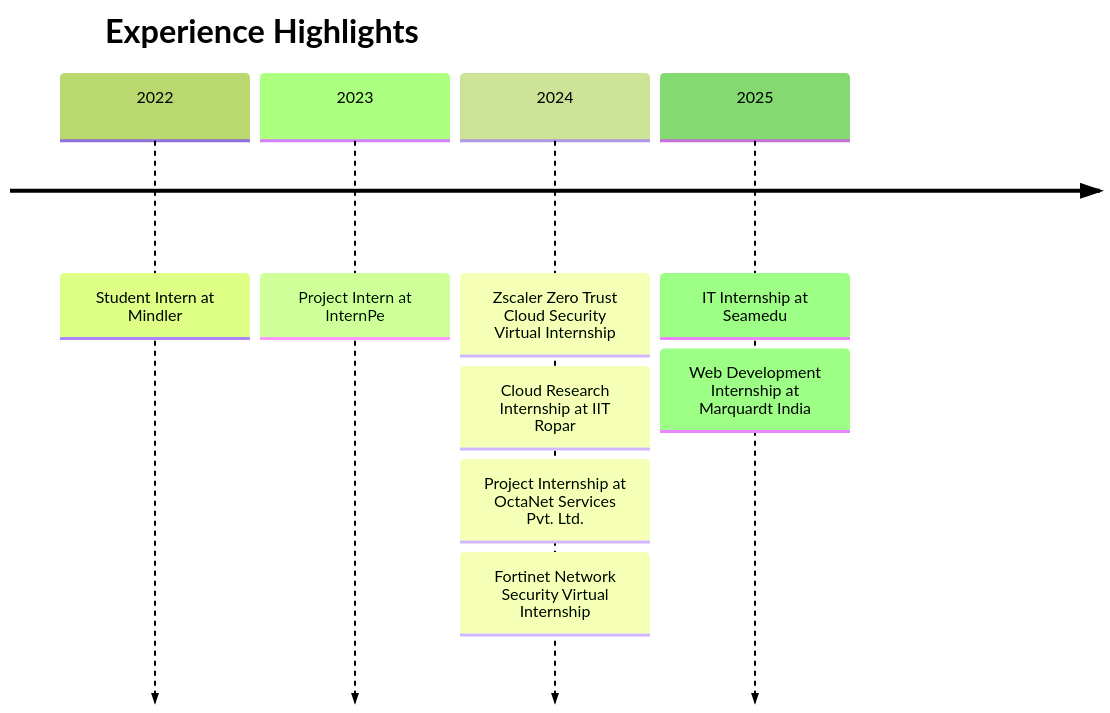
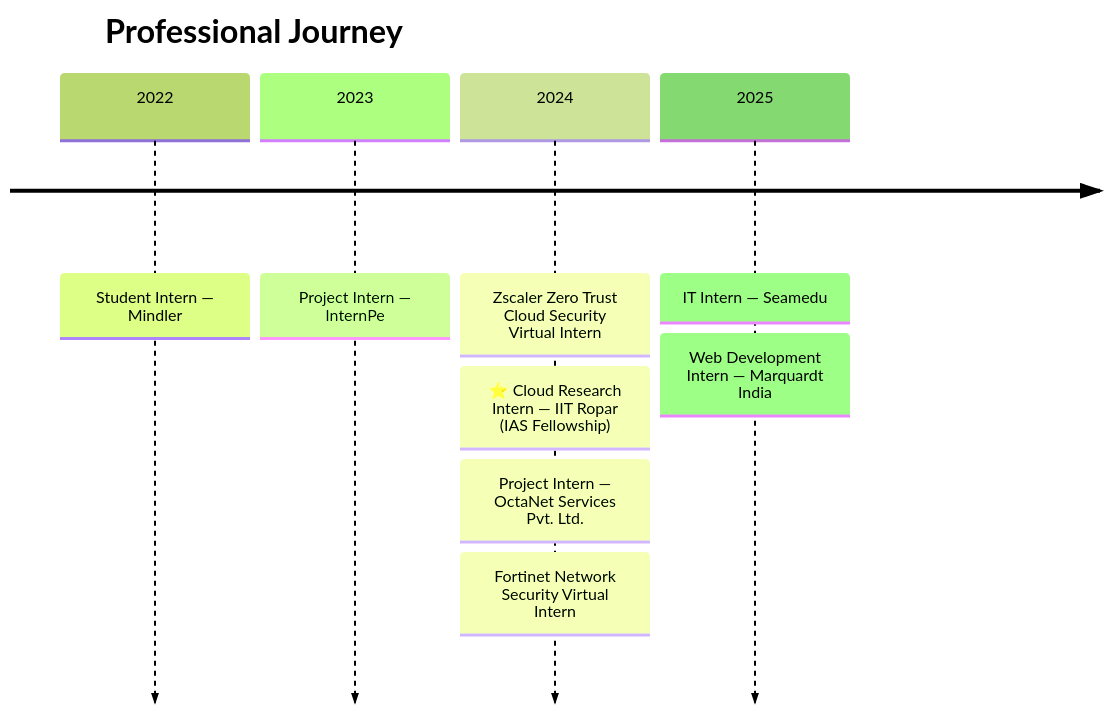
The first of 3 diagrams in README.md (PriyanshuKSharma/PriyanshuKSharma), drawn with Mermaid (forest theme) before and after one commit. The commit also changed other lines of this file, not shown here.

````diff
--- a/README.md
+++ b/README.md
@@ -185,12 +263,12 @@
 ```mermaid
 timeline
-    title Experience Highlights
-    2022 : Student Intern at Mindler
-    2023 : Project Intern at InternPe
-    2024 : Zscaler Zero Trust Cloud Security Virtual Internship
-         : Cloud Research Internship at IIT Ropar
-         : Project Internship at OctaNet Services Pvt. Ltd.
-         : Fortinet Network Security Virtual Internship
-    2025 : IT Internship at Seamedu
-         : Web Development Internship at Marquardt India
+    title Professional Journey
+    2022 : Student Intern — Mindler
+    2023 : Project Intern — InternPe
+    2024 : Zscaler Zero Trust Cloud Security Virtual Intern
+         : ⭐ Cloud Research Intern — IIT Ropar (IAS Fellowship)
+         : Project Intern — OctaNet Services Pvt. Ltd.
+         : Fortinet Network Security Virtual Intern
+    2025 : IT Intern — Seamedu
+         : Web Development Intern — Marquardt India
 ```
````
